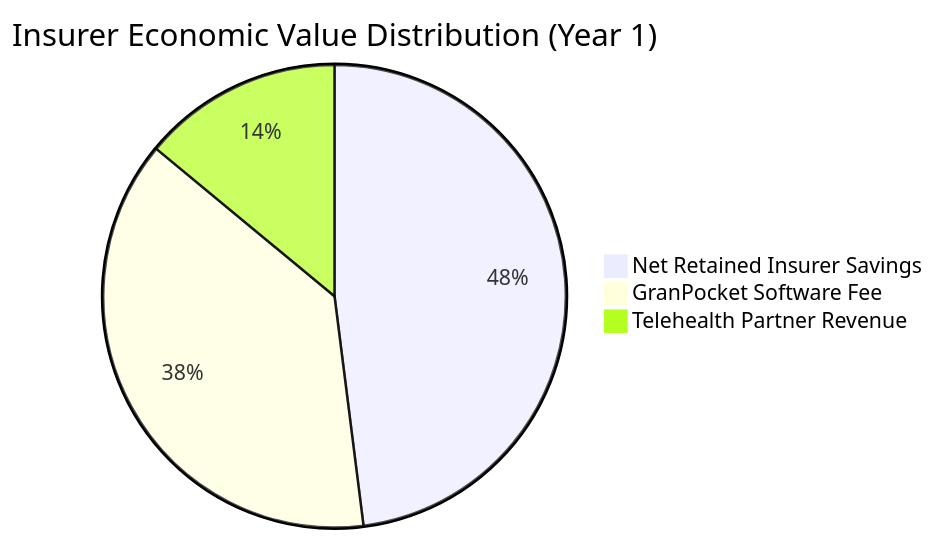
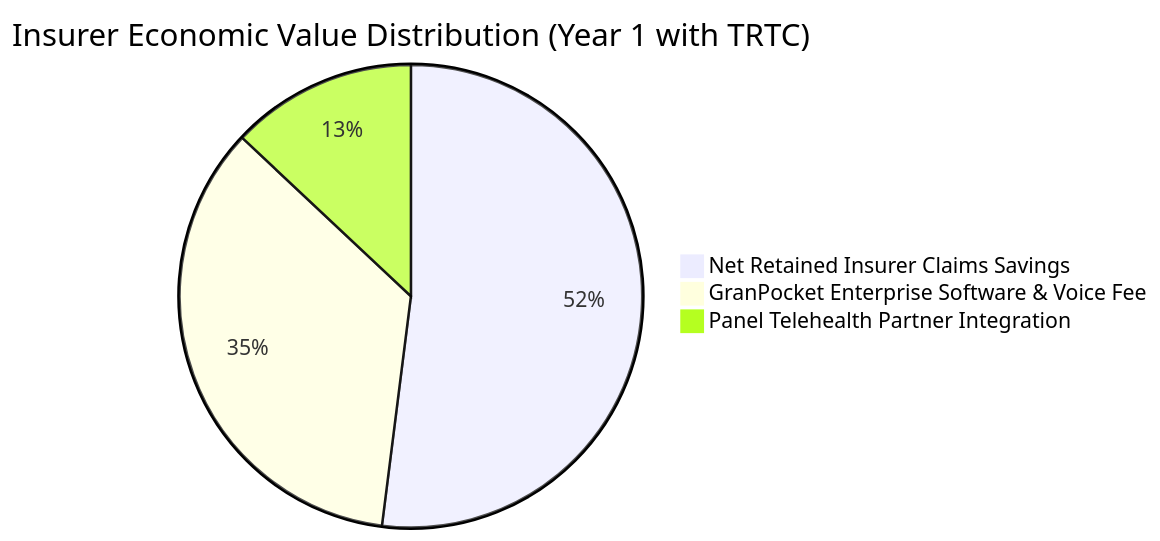
Before and after one commit to avi900in/GranPocket: the second of 3 diagrams in Granpocket Anchor Insurer Strategy.md, drawn with Mermaid. The commit also changed other lines of this file and 18 other files, not shown here.

Commit message:
feat: integrate TRTC Live Voice Triage, update health check TC-20/TC-22 and persist QA runs, update anchor insurer strategy docs

````diff
--- a/Granpocket Anchor Insurer Strategy.md
+++ b/Granpocket Anchor Insurer Strategy.md
@@ -68,6 +81,6 @@
 ```mermaid
-pie title Insurer Economic Value Distribution (Year 1)
-    "Net Retained Insurer Savings" : 48
-    "GranPocket Software Fee" : 38
-    "Telehealth Partner Revenue" : 14
+pie title Insurer Economic Value Distribution (Year 1 with TRTC)
+    "Net Retained Insurer Claims Savings" : 52
+    "GranPocket Enterprise Software & Voice Fee" : 35
+    "Panel Telehealth Partner Integration" : 13
 ```
````
